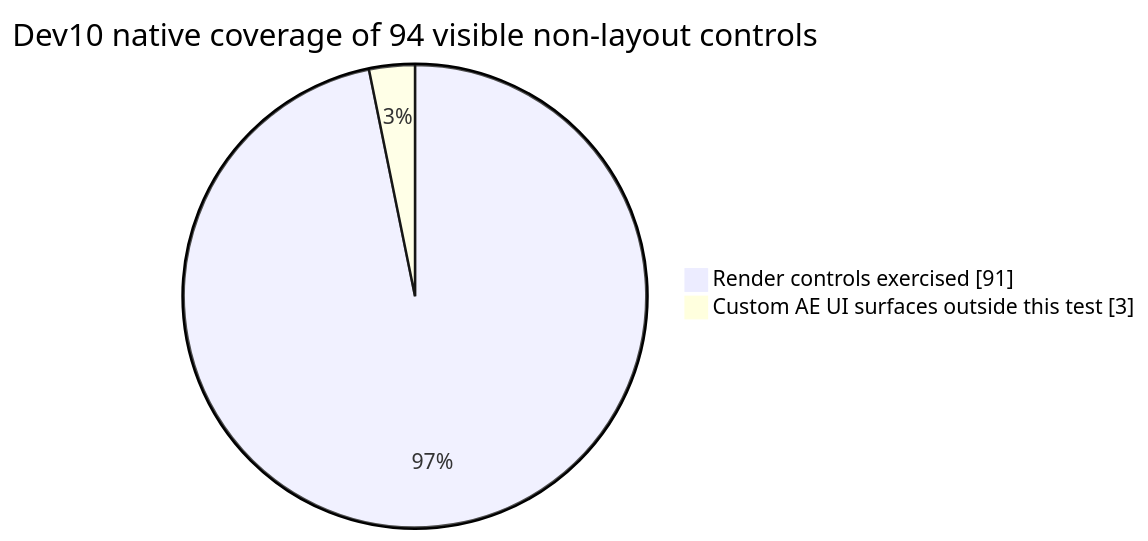
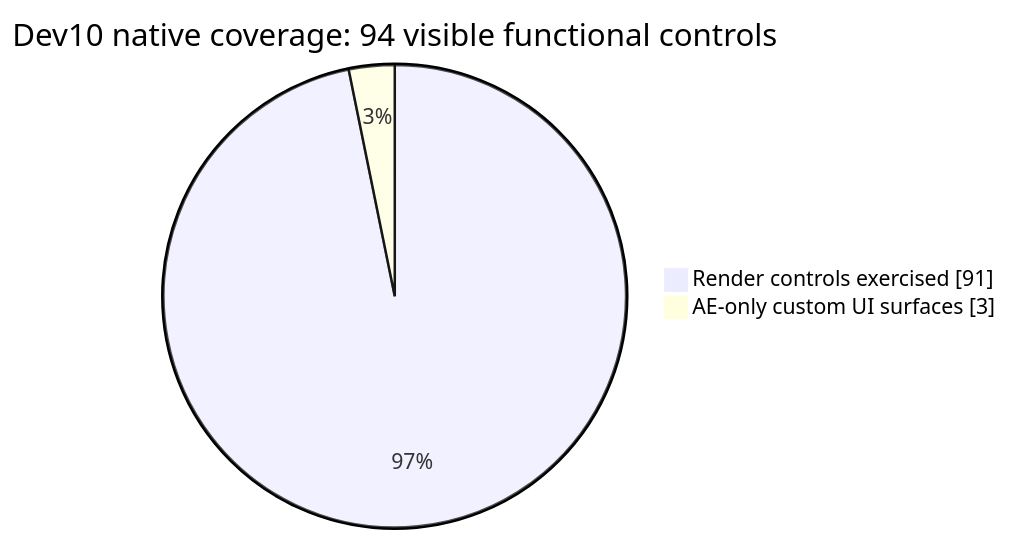
Before and after one commit to zluxy/zlux.dof: the diagram in README.md, drawn with Mermaid. The commit also changed other lines of this file and 4 other files, not shown here.

````diff
--- a/README.md
+++ b/README.md
@@ -37,6 +67,6 @@
 ```mermaid
 pie showData
-    title Dev10 native coverage of 94 visible non-layout controls
+    title Dev10 native coverage: 94 visible functional controls
     "Render controls exercised" : 91
-    "Custom AE UI surfaces outside this test" : 3
+    "AE-only custom UI surfaces" : 3
 ```
````
